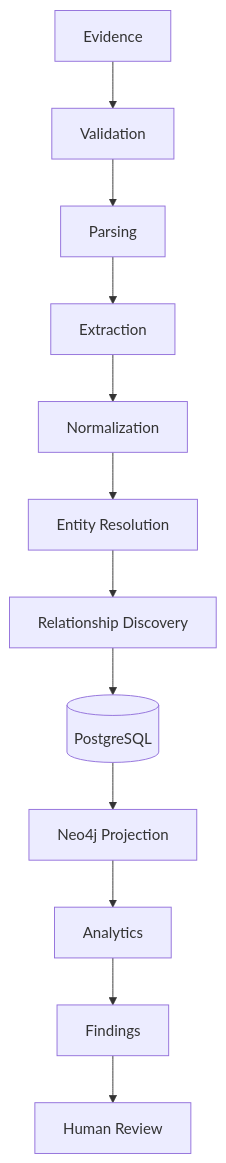
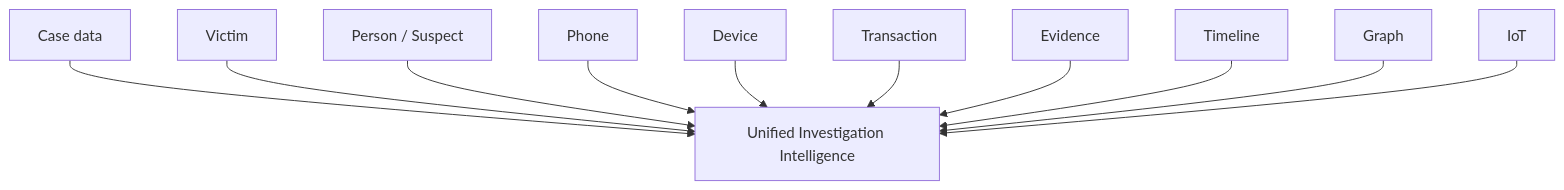
The second of 12 diagrams in README.md (0xhroot/cybersaarthi), drawn with Mermaid before and after one commit. The commit also changed other lines of this file, not shown here.

````diff
--- a/README.md
+++ b/README.md
@@ -57,14 +129,14 @@
 ```mermaid
-flowchart TD
-    A["Evidence"] --> B["Validation"]
-    B --> C["Parsing"]
-    C --> D["Extraction"]
-    D --> E["Normalization"]
-    E --> F["Entity Resolution"]
-    F --> G["Relationship Discovery"]
-    G --> H[("PostgreSQL")]
-    H --> I["Neo4j Projection"]
-    I --> J["Analytics"]
-    J --> K["Findings"]
-    K --> L["Human Review"]
+flowchart TB
+    C["Case data"] --> U
+    V["Victim"] --> U
+    S["Person / Suspect"] --> U
+    P["Phone"] --> U
+    D["Device"] --> U
+    T["Transaction"] --> U
+    E["Evidence"] --> U
+    L["Timeline"] --> U
+    G["Graph"] --> U
+    I["IoT"] --> U
+    U["Unified Investigation Intelligence"]
 ```
````
